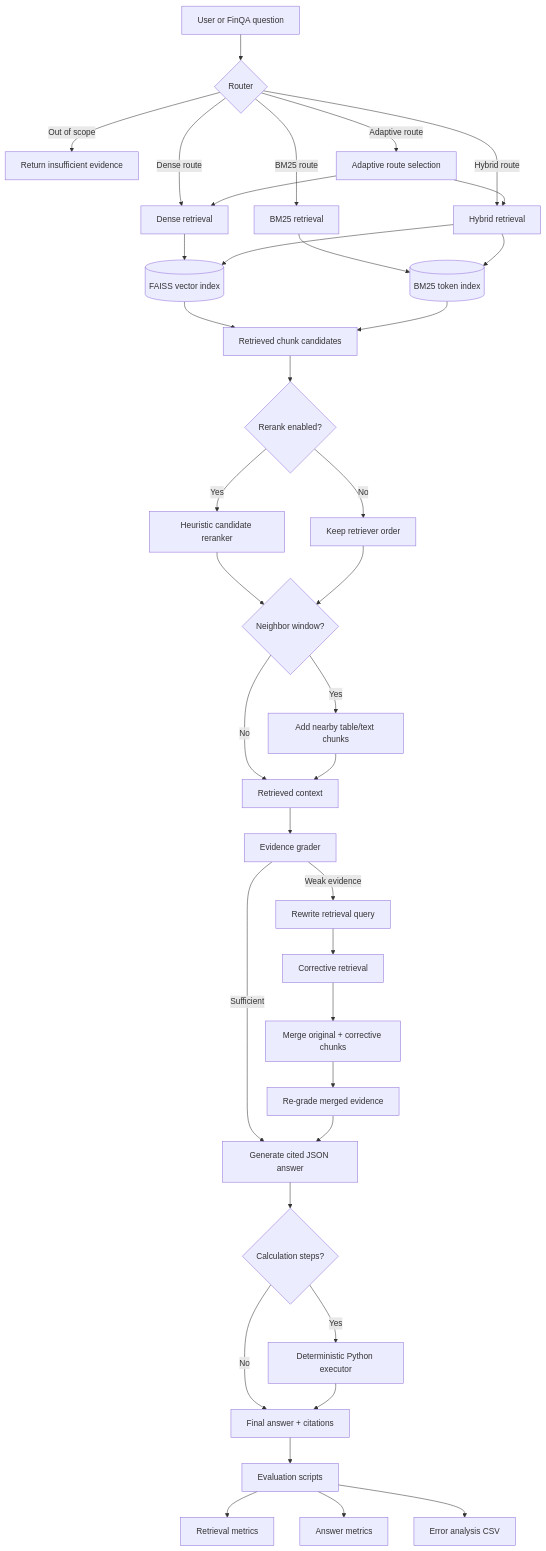
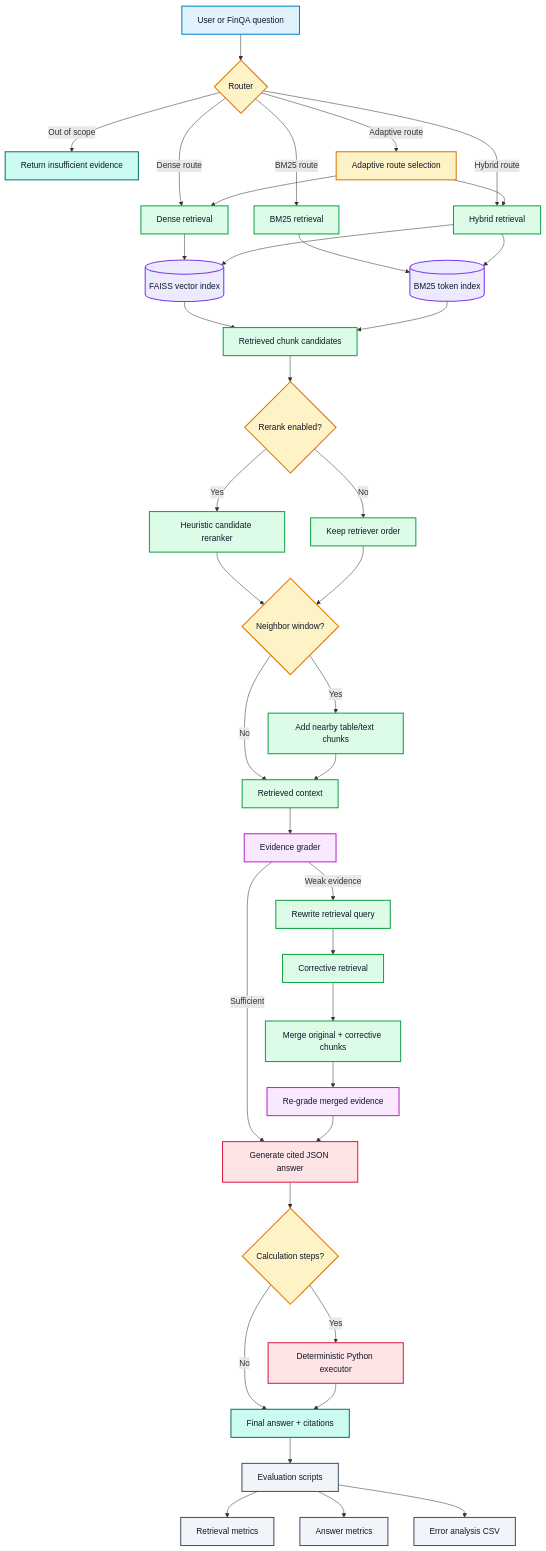
One commit to EdouardAndre/FinRag changed the diagram in README.md. Above: the diagram before and after it, drawn with Mermaid.

Commit message:
Style README architecture diagram
Add Mermaid class definitions to color-code the FinRag architecture by input, routing, retrieval, storage, grading, generation, output, and evaluation stages.

````diff
--- a/README.md
+++ b/README.md
@@ -31,49 +31,67 @@
 ```mermaid
 flowchart TD
     Q[User or FinQA question] --> R{Router}
 
     R -->|Out of scope| ABSTAIN[Return insufficient evidence]
     R -->|Dense route| D[Dense retrieval]
     R -->|BM25 route| B[BM25 retrieval]
     R -->|Hybrid route| H[Hybrid retrieval]
     R -->|Adaptive route| AR[Adaptive route selection]
 
     AR --> D
     AR --> H
 
     D --> FAISS[(FAISS vector index)]
     B --> BM25[(BM25 token index)]
     H --> FAISS
     H --> BM25
 
     FAISS --> CAND[Retrieved chunk candidates]
     BM25 --> CAND
 
     CAND --> RR{Rerank enabled?}
     RR -->|Yes| RERANK[Heuristic candidate reranker]
     RR -->|No| KEEP[Keep retriever order]
     RERANK --> NW{Neighbor window?}
     KEEP --> NW
     NW -->|Yes| EXPAND[Add nearby table/text chunks]
     NW -->|No| CONTEXT[Retrieved context]
     EXPAND --> CONTEXT
 
     CONTEXT --> G[Evidence grader]
     G -->|Sufficient| GEN[Generate cited JSON answer]
     G -->|Weak evidence| REWRITE[Rewrite retrieval query]
 
     REWRITE --> CORR[Corrective retrieval]
     CORR --> MERGE[Merge original + corrective chunks]
     MERGE --> G2[Re-grade merged evidence]
     G2 --> GEN
 
     GEN --> PROG{Calculation steps?}
     PROG -->|No| OUT[Final answer + citations]
     PROG -->|Yes| EXEC[Deterministic Python executor]
     EXEC --> OUT
 
     OUT --> EVAL[Evaluation scripts]
     EVAL --> RET[Retrieval metrics]
     EVAL --> ANS[Answer metrics]
     EVAL --> ERR[Error analysis CSV]
+
+    classDef input fill:#e0f2fe,stroke:#0284c7,color:#0f172a,stroke-width:2px
+    classDef route fill:#fef3c7,stroke:#d97706,color:#0f172a,stroke-width:2px
+    classDef retrieve fill:#dcfce7,stroke:#16a34a,color:#0f172a,stroke-width:2px
+    classDef store fill:#ede9fe,stroke:#7c3aed,color:#0f172a,stroke-width:2px
+    classDef judge fill:#fae8ff,stroke:#c026d3,color:#0f172a,stroke-width:2px
+    classDef generate fill:#ffe4e6,stroke:#e11d48,color:#0f172a,stroke-width:2px
+    classDef output fill:#ccfbf1,stroke:#0f766e,color:#0f172a,stroke-width:2px
+    classDef eval fill:#f1f5f9,stroke:#475569,color:#0f172a,stroke-width:2px
+
+    class Q input
+    class R,AR,RR,NW,PROG route
+    class D,B,H,CAND,RERANK,KEEP,EXPAND,CONTEXT,REWRITE,CORR,MERGE retrieve
+    class FAISS,BM25 store
+    class G,G2 judge
+    class GEN,EXEC generate
+    class ABSTAIN,OUT output
+    class EVAL,RET,ANS,ERR eval
 ```
````
